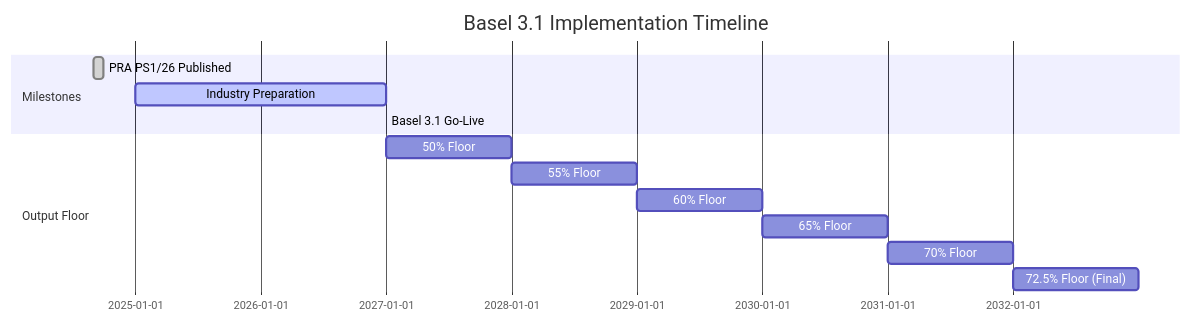
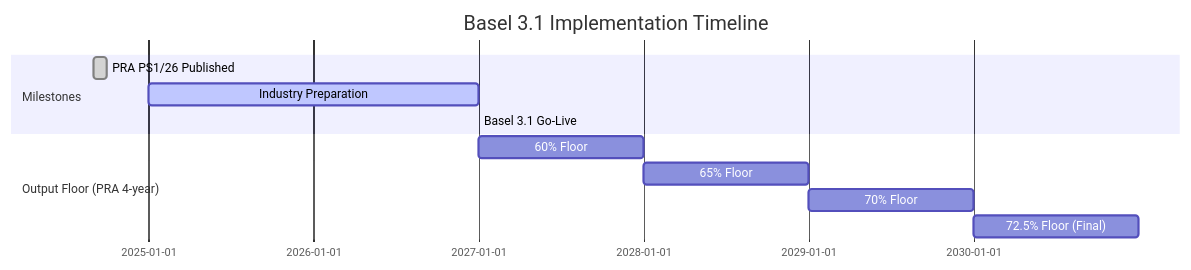
The diagram in docs/user-guide/regulatory/basel31.md (OpenAfterHours/rwa_calculator), drawn with Mermaid before and after one commit. The commit also changed other lines of this file and 9 other files, not shown here.

````diff
--- a/docs/user-guide/regulatory/basel31.md
+++ b/docs/user-guide/regulatory/basel31.md
@@ -410,16 +411,14 @@
 ```mermaid
 gantt
     title Basel 3.1 Implementation Timeline
     dateFormat  YYYY-MM-DD
     section Milestones
     PRA PS1/26 Published     :done,    2024-09-01, 2024-09-30
     Industry Preparation     :active,  2025-01-01, 2026-12-31
     Basel 3.1 Go-Live        :         2027-01-01, 2027-01-01
-    section Output Floor
-    50% Floor                :         2027-01-01, 2027-12-31
-    55% Floor                :         2028-01-01, 2028-12-31
-    60% Floor                :         2029-01-01, 2029-12-31
-    65% Floor                :         2030-01-01, 2030-12-31
-    70% Floor                :         2031-01-01, 2031-12-31
-    72.5% Floor (Final)      :         2032-01-01, 2032-12-31
+    section Output Floor (PRA 4-year)
+    60% Floor                :         2027-01-01, 2027-12-31
+    65% Floor                :         2028-01-01, 2028-12-31
+    70% Floor                :         2029-01-01, 2029-12-31
+    72.5% Floor (Final)      :         2030-01-01, 2030-12-31
 ```
````
